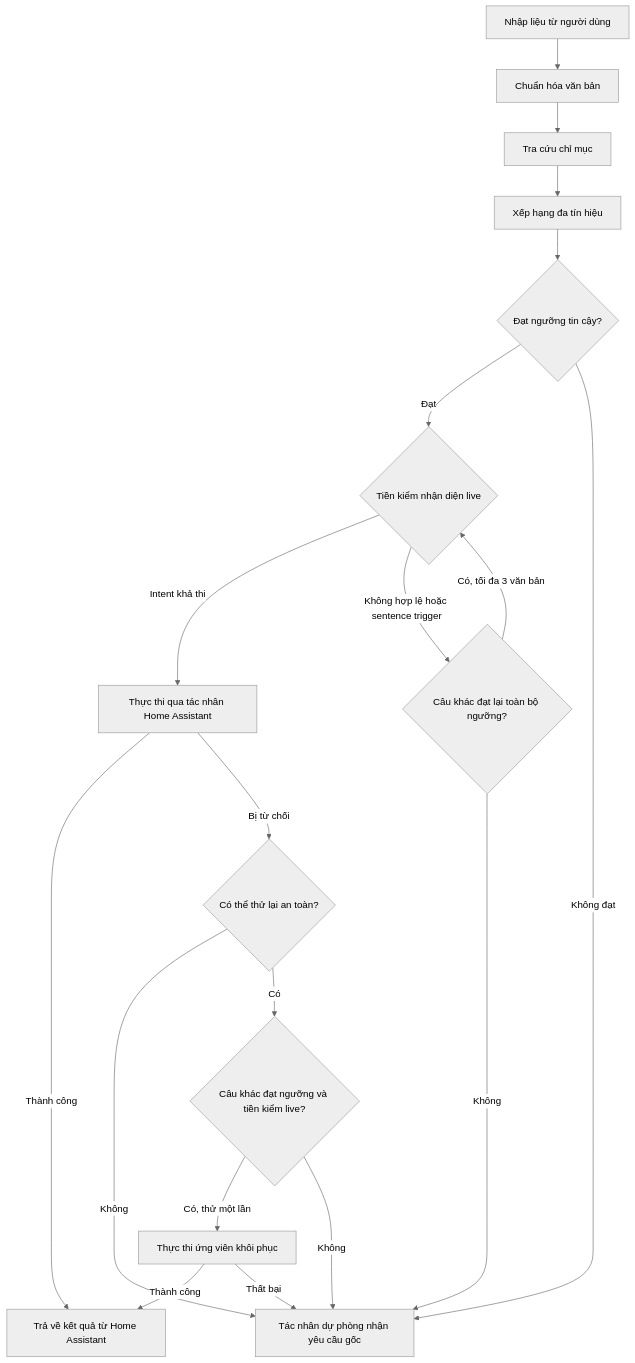
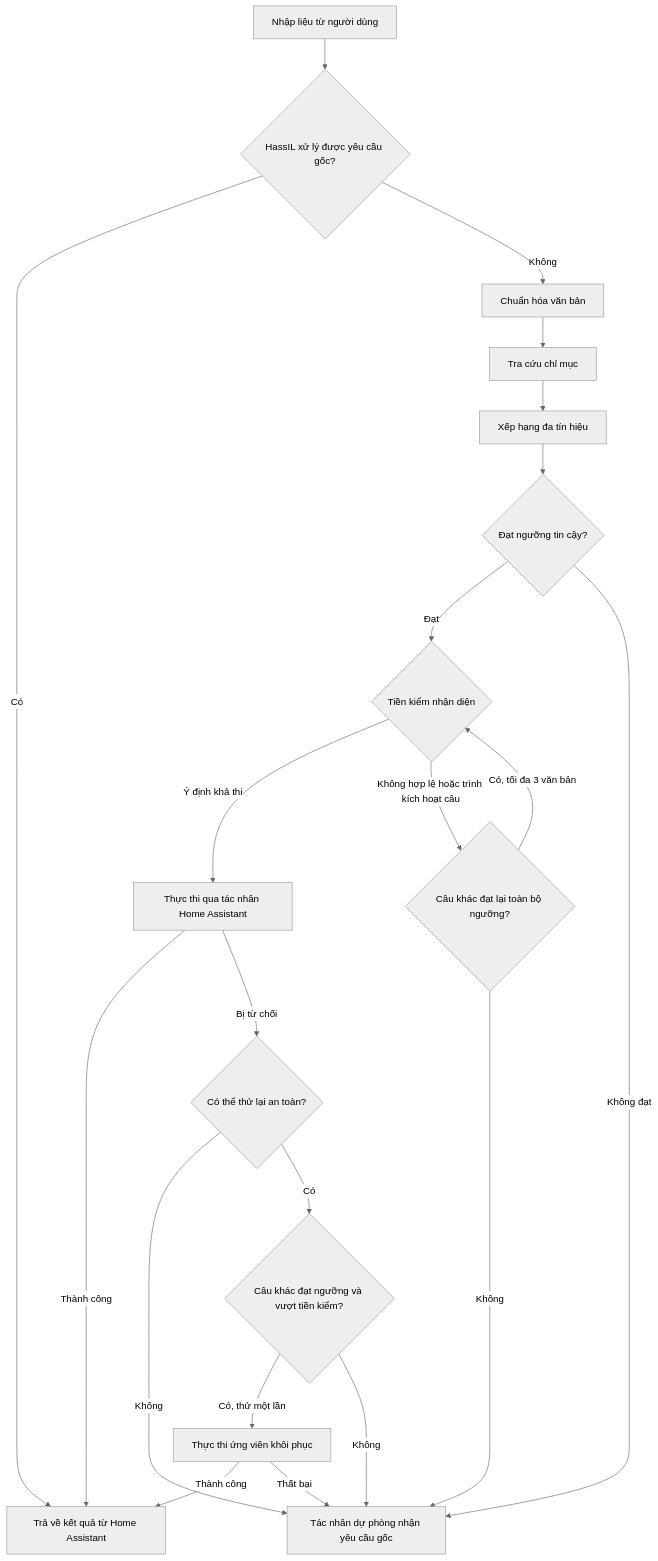
The diagram in README.vi.md (luuquangvu/assist-canonicalizer), drawn with Mermaid (neutral theme) before and after one commit. The commit also changed other lines of this file and 46 other files, not shown here.

````diff
--- a/README.vi.md
+++ b/README.vi.md
@@ -103,21 +105,23 @@
 ```mermaid
 flowchart TD
-    A[Nhập liệu từ người dùng] --> B[Chuẩn hóa văn bản]
+    A[Nhập liệu từ người dùng] --> L{HassIL xử lý được yêu cầu gốc?}
+    L -->|Có| H[Trả về kết quả từ Home Assistant]
+    L -->|Không| B[Chuẩn hóa văn bản]
     B --> C[Tra cứu chỉ mục]
     C --> D[Xếp hạng đa tín hiệu]
     D --> E{Đạt ngưỡng tin cậy?}
-    E -->|Đạt| P{Tiền kiểm nhận diện live}
+    E -->|Đạt| P{Tiền kiểm nhận diện}
     E -->|Không đạt| G[Tác nhân dự phòng nhận yêu cầu gốc]
-    P -->|Intent khả thi| F[Thực thi qua tác nhân Home Assistant]
-    P -->|Không hợp lệ hoặc sentence trigger| J{Câu khác đạt lại toàn bộ ngưỡng?}
+    P -->|Ý định khả thi| F[Thực thi qua tác nhân Home Assistant]
+    P -->|Không hợp lệ hoặc trình kích hoạt câu| J{Câu khác đạt lại toàn bộ ngưỡng?}
     J -->|Có, tối đa 3 văn bản| P
     J -->|Không| G
     F -->|Thành công| H[Trả về kết quả từ Home Assistant]
     F -->|Bị từ chối| R{Có thể thử lại an toàn?}
     R -->|Không| G
-    R -->|Có| Q{Câu khác đạt ngưỡng và tiền kiểm live?}
+    R -->|Có| Q{Câu khác đạt ngưỡng và vượt tiền kiểm?}
     Q -->|Có, thử một lần| K[Thực thi ứng viên khôi phục]
     Q -->|Không| G
     K -->|Thành công| H
     K -->|Thất bại| G
 ```
````
